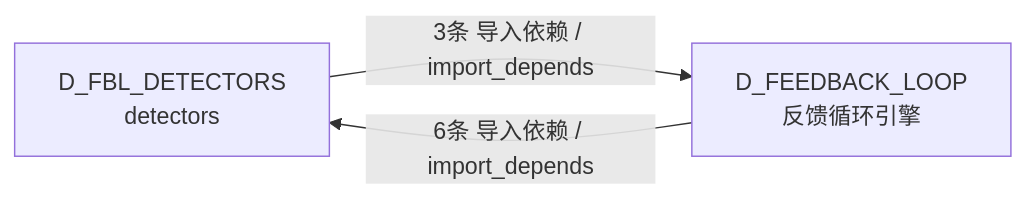
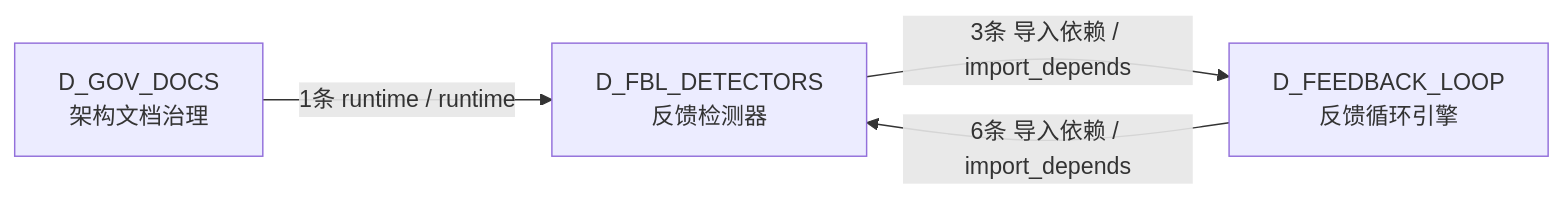
The sixth of 6 diagrams in docs/02_enterprise_architecture/02_domain_architecture_docs/11_d_fbl_detectors.md (xuanFelixVan/ZephyrAlpha), drawn with Mermaid before and after one commit. The commit also changed other lines of this file and 125 other files, not shown here.

````diff
--- a/docs/02_enterprise_architecture/02_domain_architecture_docs/11_d_fbl_detectors.md
+++ b/docs/02_enterprise_architecture/02_domain_architecture_docs/11_d_fbl_detectors.md
@@ -390,7 +397,9 @@
 ```mermaid
 graph LR
-    D_FBL_DETECTORS["D_FBL_DETECTORS<br/>detectors"]
+    D_FBL_DETECTORS["D_FBL_DETECTORS<br/>反馈检测器"]
     D_FEEDBACK_LOOP["D_FEEDBACK_LOOP<br/>反馈循环引擎"]
+    D_GOV_DOCS["D_GOV_DOCS<br/>架构文档治理"]
     D_FBL_DETECTORS -->|3条 导入依赖 / import_depends| D_FEEDBACK_LOOP
     D_FEEDBACK_LOOP -->|6条 导入依赖 / import_depends| D_FBL_DETECTORS
+    D_GOV_DOCS -->|1条 runtime / runtime| D_FBL_DETECTORS
 ```
````
